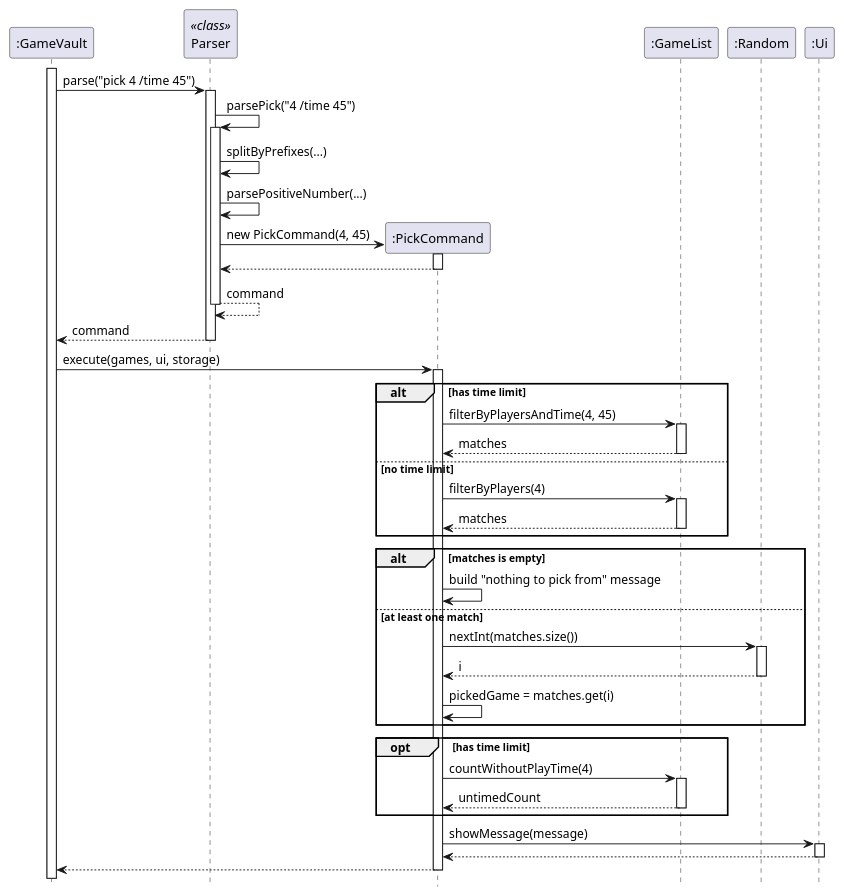
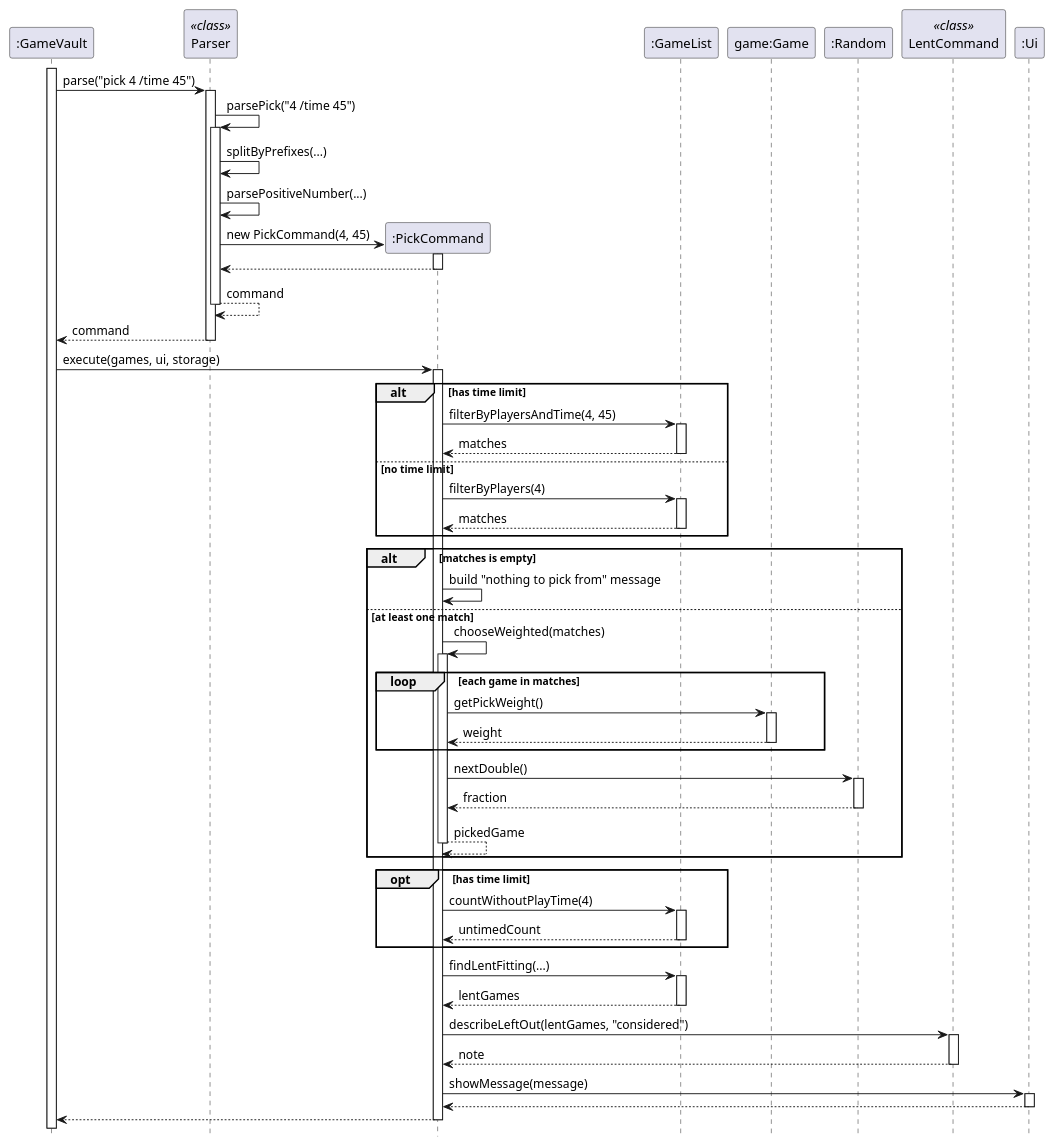
Before and after one commit to MohamedFarsat/tp: the diagram in docs/diagrams/PickSequence.puml, drawn with PlantUML. The commit also changed 2 other files, not shown here.

Commit message:
Describe pick as it works after #59
Once #59 is merged, pick chooses by rating weight with nextDouble()
and leaves lent games out, so the steps and diagram now show
chooseWeighted, getPickWeight and the lent games note.

```diff
--- a/docs/diagrams/PickSequence.puml
+++ b/docs/diagrams/PickSequence.puml
@@ -1,67 +1,87 @@
 @startuml
 ' Picking a random game for the command: pick 4 /time 45
 hide footbox
 skinparam sequenceReferenceBackgroundColor #FFFFFF
 
 participant ":GameVault" as GV
 participant "Parser" as P <<class>>
 participant ":PickCommand" as PC
 participant ":GameList" as GL
+participant "game:Game" as G
 participant ":Random" as R
+participant "LentCommand" as LC <<class>>
 participant ":Ui" as UI
 
 activate GV
 GV -> P : parse("pick 4 /time 45")
 activate P
 P -> P : parsePick("4 /time 45")
 activate P
 P -> P : splitByPrefixes(...)
 P -> P : parsePositiveNumber(...)
 create PC
 P -> PC : new PickCommand(4, 45)
 activate PC
 PC --> P
 deactivate PC
 P --> P : command
 deactivate P
 P --> GV : command
 deactivate P
 
 GV -> PC : execute(games, ui, storage)
 activate PC
 alt has time limit
   PC -> GL : filterByPlayersAndTime(4, 45)
   activate GL
   GL --> PC : matches
   deactivate GL
 else no time limit
   PC -> GL : filterByPlayers(4)
   activate GL
   GL --> PC : matches
   deactivate GL
 end
 
 alt matches is empty
   PC -> PC : build "nothing to pick from" message
 else at least one match
-  PC -> R : nextInt(matches.size())
+  PC -> PC : chooseWeighted(matches)
+  activate PC
+  loop each game in matches
+    PC -> G : getPickWeight()
+    activate G
+    G --> PC : weight
+    deactivate G
+  end
+  PC -> R : nextDouble()
   activate R
-  R --> PC : i
+  R --> PC : fraction
   deactivate R
-  PC -> PC : pickedGame = matches.get(i)
+  PC --> PC : pickedGame
+  deactivate PC
 end
 
 opt has time limit
   PC -> GL : countWithoutPlayTime(4)
   activate GL
   GL --> PC : untimedCount
   deactivate GL
 end
 
+PC -> GL : findLentFitting(...)
+activate GL
+GL --> PC : lentGames
+deactivate GL
+PC -> LC : describeLeftOut(lentGames, "considered")
+activate LC
+LC --> PC : note
+deactivate LC
+
 PC -> UI : showMessage(message)
 activate UI
 UI --> PC
 deactivate UI
 PC --> GV
 deactivate PC
 @enduml
```
